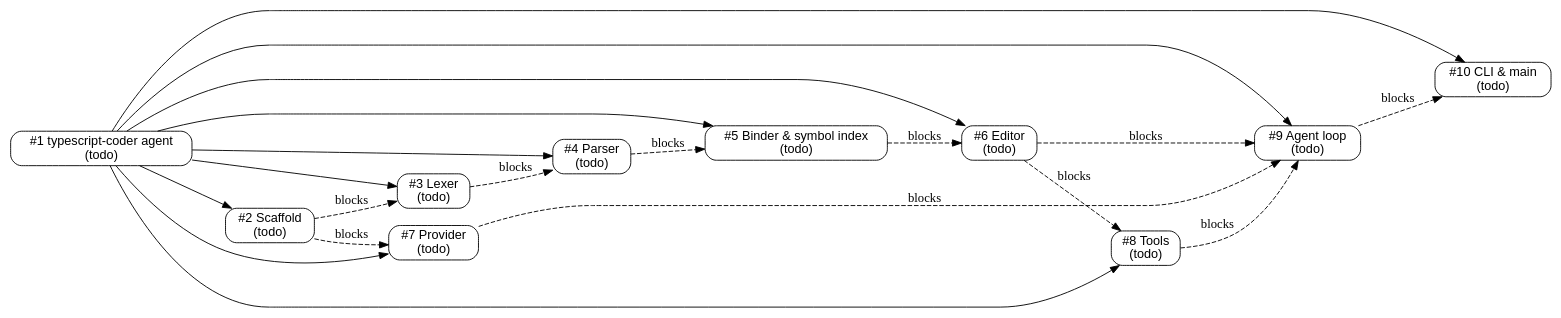
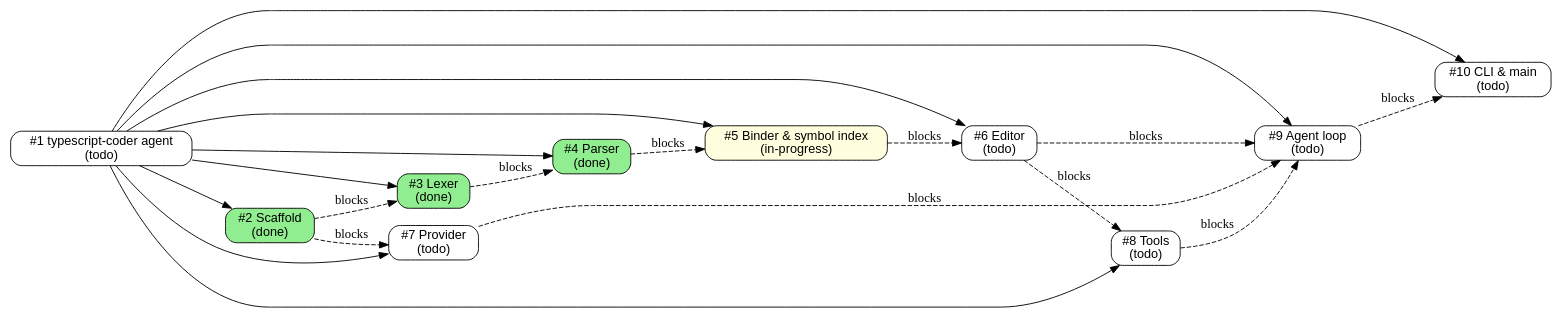
Before and after one commit to illusory0x0/typescript-coder: the diagram in issues/todo.md, drawn with Graphviz. The commit also changed other lines of this file and 4 other files, not shown here.

````diff
--- a/issues/todo.md
+++ b/issues/todo.md
@@ -7,42 +7,42 @@
 ```dot
 digraph issues {
   rankdir=LR;
   node [shape=box, style="rounded,filled", fontname="Helvetica"];
 
   // status colors: todo=white, in-progress=lightyellow, review=lightblue,
   //                done=lightgreen, wontfix=lightgrey
   "1"  [label="#1 typescript-coder agent\n(todo)", fillcolor="white"];
-  "2"  [label="#2 Scaffold\n(todo)", fillcolor="white"];
-  "3"  [label="#3 Lexer\n(todo)", fillcolor="white"];
-  "4"  [label="#4 Parser\n(todo)", fillcolor="white"];
-  "5"  [label="#5 Binder & symbol index\n(todo)", fillcolor="white"];
+  "2"  [label="#2 Scaffold\n(done)", fillcolor="lightgreen"];
+  "3"  [label="#3 Lexer\n(done)", fillcolor="lightgreen"];
+  "4"  [label="#4 Parser\n(done)", fillcolor="lightgreen"];
+  "5"  [label="#5 Binder & symbol index\n(in-progress)", fillcolor="lightyellow"];
   "6"  [label="#6 Editor\n(todo)", fillcolor="white"];
   "7"  [label="#7 Provider\n(todo)", fillcolor="white"];
   "8"  [label="#8 Tools\n(todo)", fillcolor="white"];
   "9"  [label="#9 Agent loop\n(todo)", fillcolor="white"];
   "10" [label="#10 CLI & main\n(todo)", fillcolor="white"];
 
   // tree edges (parent -> child), solid
   "1" -> "2";
   "1" -> "3";
   "1" -> "4";
   "1" -> "5";
   "1" -> "6";
   "1" -> "7";
   "1" -> "8";
   "1" -> "9";
   "1" -> "10";
 
   // dependency edges (blocker -> blocked), dashed
   "2" -> "3" [style=dashed, label="blocks"];
   "3" -> "4" [style=dashed, label="blocks"];
   "4" -> "5" [style=dashed, label="blocks"];
   "5" -> "6" [style=dashed, label="blocks"];
   "2" -> "7" [style=dashed, label="blocks"];
   "6" -> "8" [style=dashed, label="blocks"];
   "6" -> "9" [style=dashed, label="blocks"];
   "7" -> "9" [style=dashed, label="blocks"];
   "8" -> "9" [style=dashed, label="blocks"];
   "9" -> "10" [style=dashed, label="blocks"];
 }
 ```
````
